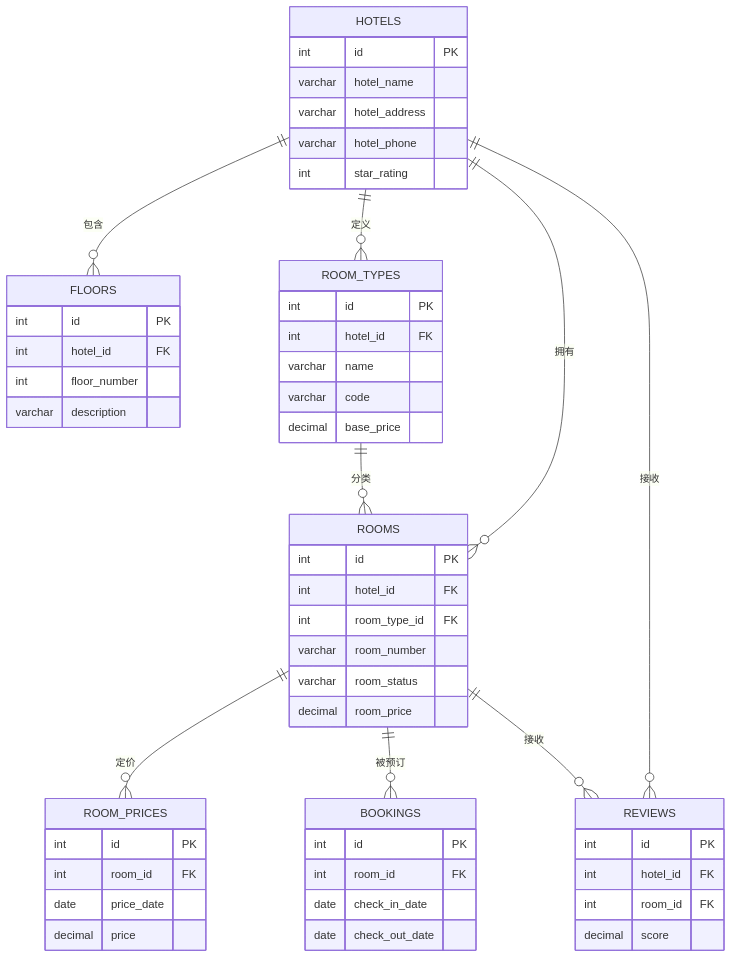
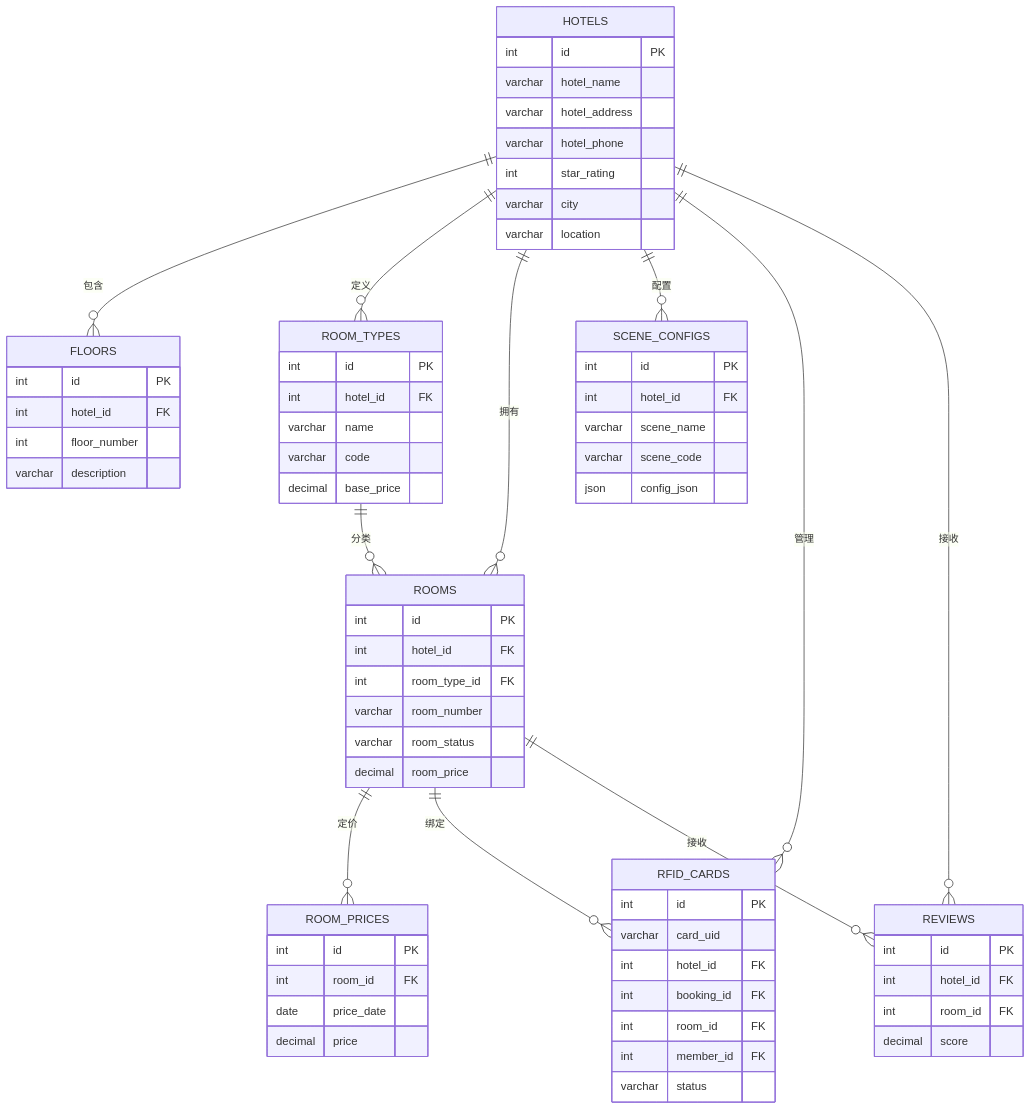
Before and after one commit to choisaaaaa/IoT_Smart_Hotel_System: the fourth of 19 diagrams in docs/database_er_diagram.md, drawn with Mermaid. The commit also changed other lines of this file, not shown here.

First line of the commit message:
docs(database): 更新数据库E-R图文档至v2.0.0版本

````diff
--- a/docs/database_er_diagram.md
+++ b/docs/database_er_diagram.md
@@ -117,57 +179,71 @@
 ```mermaid
 erDiagram
     HOTELS {
         int id PK
         varchar hotel_name
         varchar hotel_address
         varchar hotel_phone
         int star_rating
+        varchar city
+        varchar location
     }
     FLOORS {
         int id PK
         int hotel_id FK
         int floor_number
         varchar description
     }
     ROOM_TYPES {
         int id PK
         int hotel_id FK
         varchar name
         varchar code
         decimal base_price
     }
     ROOMS {
         int id PK
         int hotel_id FK
         int room_type_id FK
         varchar room_number
         varchar room_status
         decimal room_price
     }
     ROOM_PRICES {
         int id PK
         int room_id FK
         date price_date
         decimal price
     }
-    BOOKINGS {
+    SCENE_CONFIGS {
         int id PK
+        int hotel_id FK
+        varchar scene_name
+        varchar scene_code
+        json config_json
+    }
+    RFID_CARDS {
+        int id PK
+        varchar card_uid
+        int hotel_id FK
+        int booking_id FK
         int room_id FK
-        date check_in_date
-        date check_out_date
+        int member_id FK
+        varchar status
     }
     REVIEWS {
         int id PK
         int hotel_id FK
         int room_id FK
         decimal score
     }
     HOTELS ||--o{ FLOORS : "包含"
     HOTELS ||--o{ ROOM_TYPES : "定义"
     HOTELS ||--o{ ROOMS : "拥有"
+    HOTELS ||--o{ SCENE_CONFIGS : "配置"
+    HOTELS ||--o{ RFID_CARDS : "管理"
     HOTELS ||--o{ REVIEWS : "接收"
     ROOM_TYPES ||--o{ ROOMS : "分类"
     ROOMS ||--o{ ROOM_PRICES : "定价"
-    ROOMS ||--o{ BOOKINGS : "被预订"
+    ROOMS ||--o{ RFID_CARDS : "绑定"
     ROOMS ||--o{ REVIEWS : "接收"
 ```
````
